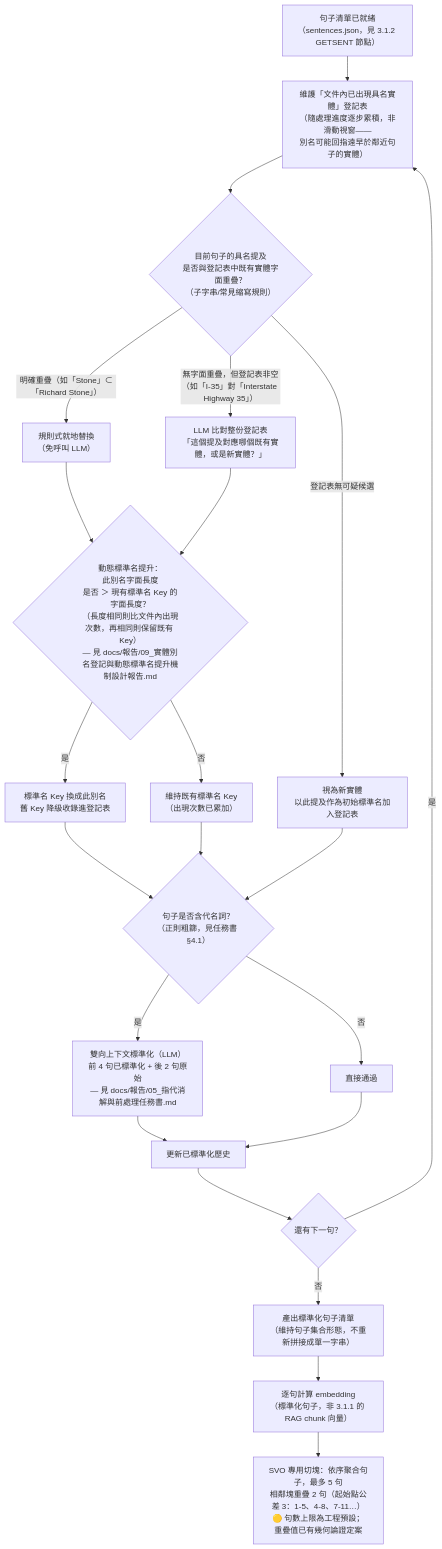
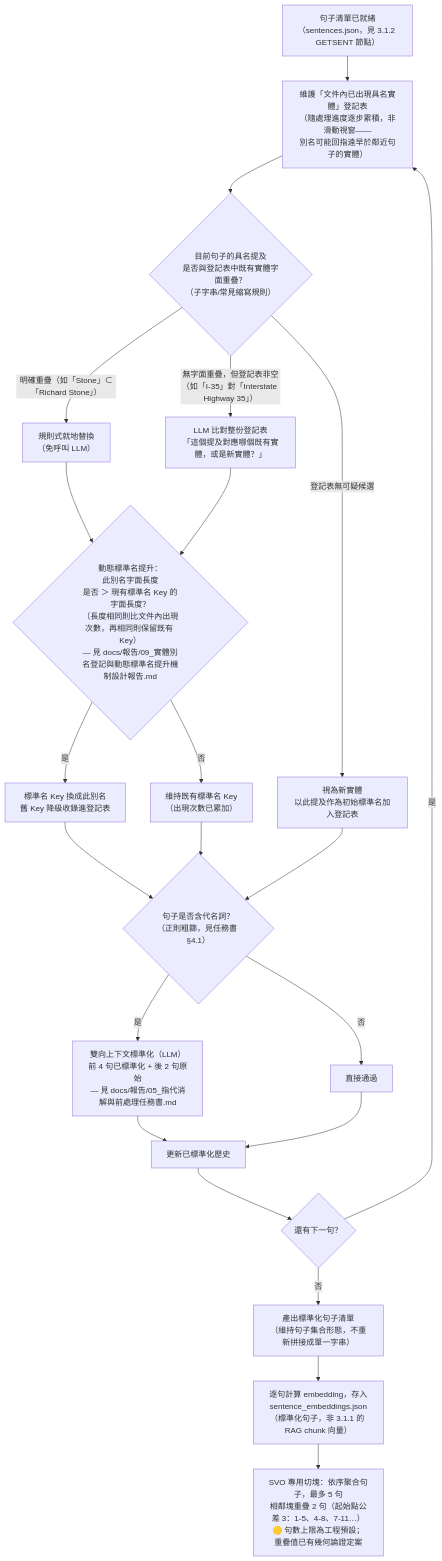
The ninth of 12 diagrams in docs/論文/03_系統設計與方法論.md (Chester930/world-knowledge-graph-rag), drawn with Mermaid before and after one commit. The commit also changed other lines of this file and 6 other files, not shown here.

First line of the commit message:
feat(svo): 補齊 3.4 §a SENTEMBED 逐句 embedding，接上 EMBEDCHUNK 共用 provider

````diff
--- a/docs/論文/03_系統設計與方法論.md
+++ b/docs/論文/03_系統設計與方法論.md
@@ -335,31 +335,31 @@
 ```mermaid
 flowchart TD
     RAW["句子清單已就緒<br/>（sentences.json，見 3.1.2 GETSENT 節點）"] --> REGISTRY["維護「文件內已出現具名實體」登記表<br/>（隨處理進度逐步累積，非滑動視窗——<br/>別名可能回指遠早於鄰近句子的實體）"]
 
     REGISTRY --> ALIASCHECK{"目前句子的具名提及<br/>是否與登記表中既有實體字面重疊？<br/>（子字串/常見縮寫規則）"}
     ALIASCHECK -->|"明確重疊（如「Stone」⊂「Richard Stone」）"| ALIASRULE["規則式就地替換<br/>（免呼叫 LLM）"]
     ALIASCHECK -->|"無字面重疊，但登記表非空<br/>（如「I-35」對「Interstate Highway 35」）"| ALIASLLM["LLM 比對整份登記表<br/>「這個提及對應哪個既有實體，或是新實體？」"]
     ALIASCHECK -->|"登記表無可疑候選"| NEWENT["視為新實體<br/>以此提及作為初始標準名加入登記表"]
 
     ALIASRULE --> PROMOTE
     ALIASLLM --> PROMOTE
     PROMOTE{"動態標準名提升：<br/>此別名字面長度<br/>是否 ＞ 現有標準名 Key 的字面長度？<br/>（長度相同則比文件內出現次數，再相同則保留既有 Key）<br/>— 見 docs/報告/09_實體別名登記與動態標準名提升機制設計報告.md"}
     PROMOTE -->|是| SWAPKEY["標準名 Key 換成此別名<br/>舊 Key 降級收錄進登記表"]
     PROMOTE -->|否| KEEPKEY["維持既有標準名 Key<br/>（出現次數已累加）"]
 
     SWAPKEY --> PRONCHECK
     KEEPKEY --> PRONCHECK
     NEWENT --> PRONCHECK
 
     PRONCHECK{"句子是否含代名詞？<br/>（正則粗篩，見任務書 §4.1）"}
     PRONCHECK -->|是| PRONLLM["雙向上下文標準化（LLM）<br/>前 4 句已標準化 + 後 2 句原始<br/>— 見 docs/報告/05_指代消解與前處理任務書.md"]
     PRONCHECK -->|否| BYPASS["直接通過"]
 
     PRONLLM --> UPDATE["更新已標準化歷史"]
     BYPASS --> UPDATE
     UPDATE --> NEXT2{"還有下一句？"}
     NEXT2 -->|是| REGISTRY
     NEXT2 -->|否| STDSENTS["產出標準化句子清單<br/>（維持句子集合形態，不重新拼接成單一字串）"]
-    STDSENTS --> SENTEMBED["逐句計算 embedding<br/>（標準化句子，非 3.1.1 的 RAG chunk 向量）"]
+    STDSENTS --> SENTEMBED["逐句計算 embedding，存入<br/>sentence_embeddings.json<br/>（標準化句子，非 3.1.1 的 RAG chunk 向量）"]
     SENTEMBED --> SVOGROUP["SVO 專用切塊：依序聚合句子，最多 5 句<br/>相鄰塊重疊 2 句（起始點公差 3：1-5、4-8、7-11…）<br/>🟡 句數上限為工程預設；重疊值已有幾何論證定案"]
 ```
````
